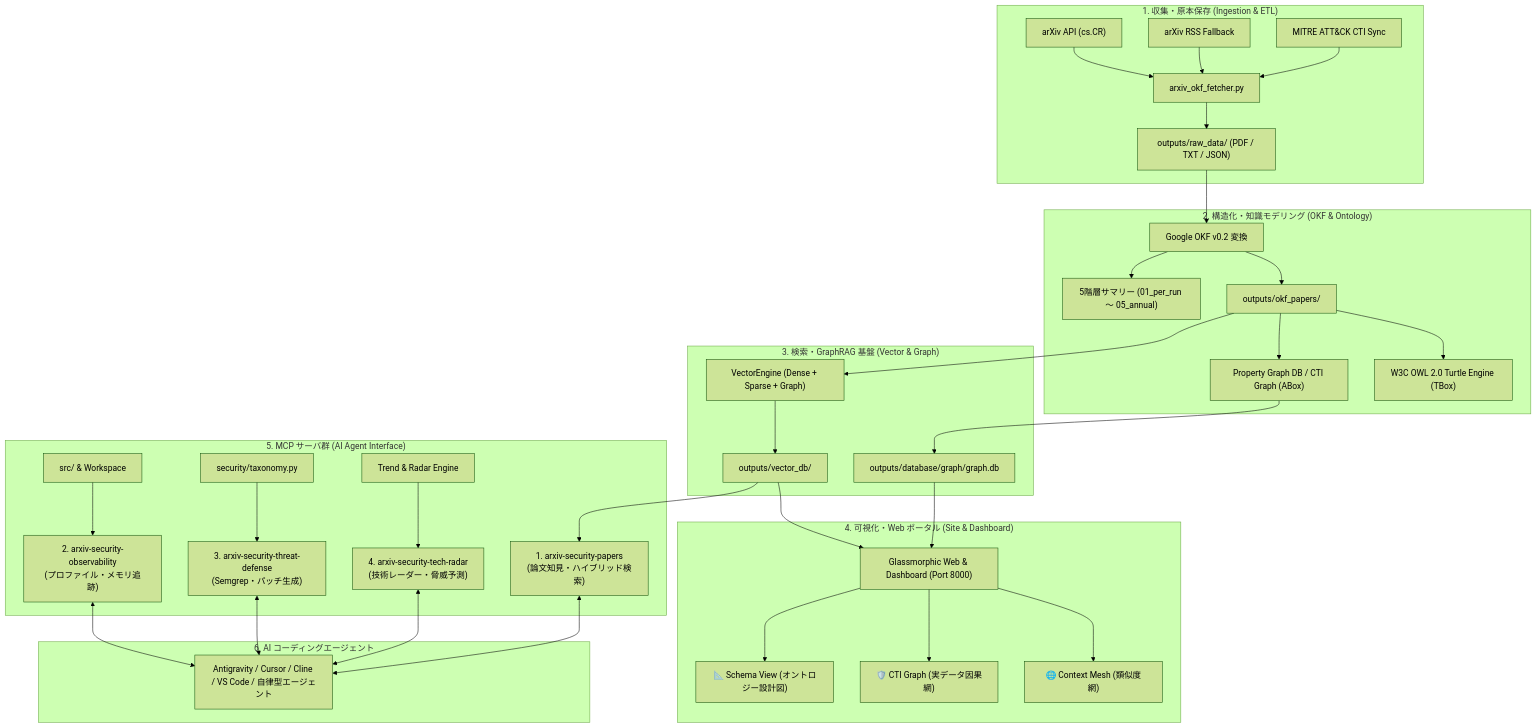
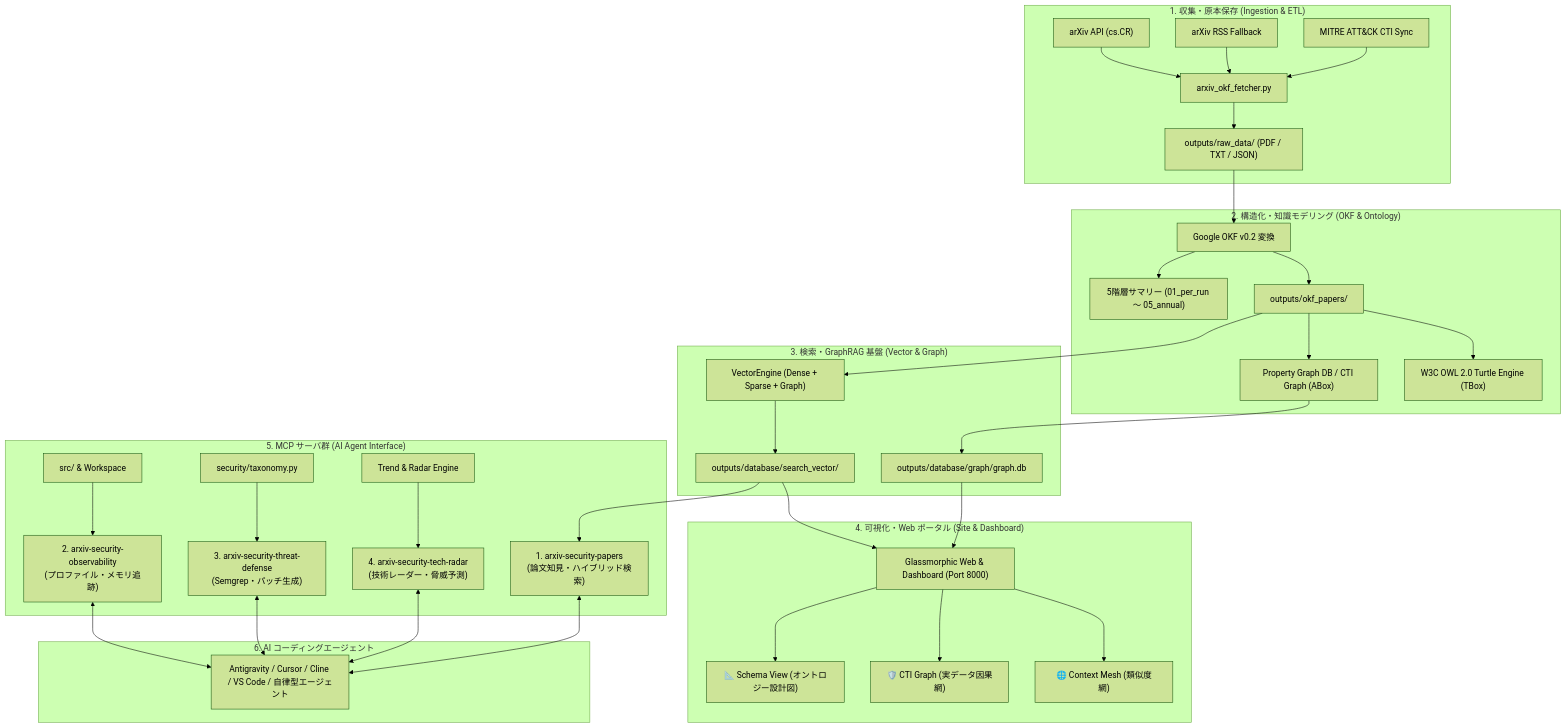
Before and after one commit to rokujyouhitoma/arxiv-security-papers: the diagram in docs/manuals/USR-01-user_manual.md, drawn with Mermaid (forest theme). The commit also changed 5 other files, not shown here.

Commit message:
fix(search): resolve VectorEngine index path inconsistency and restore semantic RAG (Issue #398)

````diff
--- a/docs/manuals/USR-01-user_manual.md
+++ b/docs/manuals/USR-01-user_manual.md
@@ -9,45 +9,45 @@
 ```mermaid
 flowchart TB
     subgraph DataCollection ["1. 収集・原本保存 (Ingestion & ETL)"]
         ArxivAPI["arXiv API (cs.CR)"] --> Fetcher["arxiv_okf_fetcher.py"]
         RSSFallback["arXiv RSS Fallback"] --> Fetcher
         CTISync["MITRE ATT&CK CTI Sync"] --> Fetcher
         Fetcher --> RawStorage["outputs/raw_data/ (PDF / TXT / JSON)"]
     end
 
     subgraph Transformation ["2. 構造化・知識モデリング (OKF & Ontology)"]
         RawStorage --> OKFEngine["Google OKF v0.2 変換"]
         OKFEngine --> OKFPapers["outputs/okf_papers/"]
         OKFEngine --> Summary5Tier["5階層サマリー (01_per_run 〜 05_annual)"]
         OKFPapers --> TurtleEngine["W3C OWL 2.0 Turtle Engine (TBox)"]
         OKFPapers --> GraphEngine["Property Graph DB / CTI Graph (ABox)"]
     end
 
     subgraph SearchAndRAG ["3. 検索・GraphRAG 基盤 (Vector & Graph)"]
         OKFPapers --> VectorEngine["VectorEngine (Dense + Sparse + Graph)"]
-        VectorEngine --> VectorDB["outputs/vector_db/"]
+        VectorEngine --> VectorDB["outputs/database/search_vector/"]
         GraphEngine --> GraphDB["outputs/database/graph/graph.db"]
     end
 
     subgraph WebAndDashboard ["4. 可視化・Web ポータル (Site & Dashboard)"]
         VectorDB --> WebServer["Glassmorphic Web & Dashboard (Port 8000)"]
         GraphDB --> WebServer
         WebServer --> View1["🌐 Context Mesh (類似度網)"]
         WebServer --> View2["🛡️ CTI Graph (実データ因果網)"]
         WebServer --> View3["📐 Schema View (オントロジー設計図)"]
     end
 
     subgraph MCPEcosystem ["5. MCP サーバ群 (AI Agent Interface)"]
         VectorDB --> MCP1["1. arxiv-security-papers\n(論文知見・ハイブリッド検索)"]
         CodeBase["src/ & Workspace"] --> MCP2["2. arxiv-security-observability\n(プロファイル・メモリ追跡)"]
         Taxonomy["security/taxonomy.py"] --> MCP3["3. arxiv-security-threat-defense\n(Semgrep・パッチ生成)"]
         TrendKnowledge["Trend & Radar Engine"] --> MCP4["4. arxiv-security-tech-radar\n(技術レーダー・脅威予測)"]
     end
 
     subgraph AIAgents ["6. AI コーディングエージェント"]
         MCP1 <--> Agents["Antigravity / Cursor / Cline / VS Code / 自律型エージェント"]
         MCP2 <--> Agents
         MCP3 <--> Agents
         MCP4 <--> Agents
     end
 ```
````
